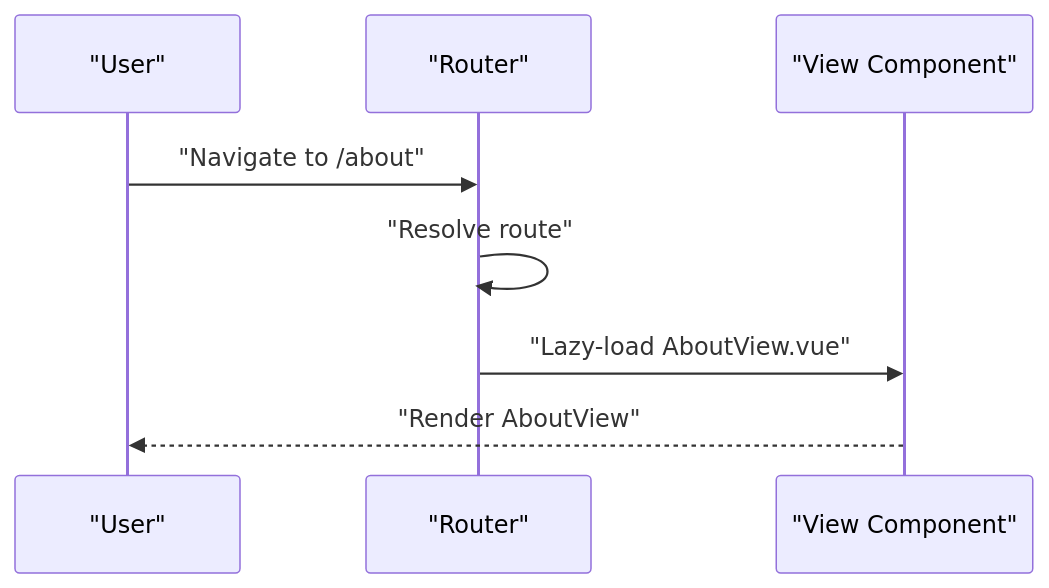
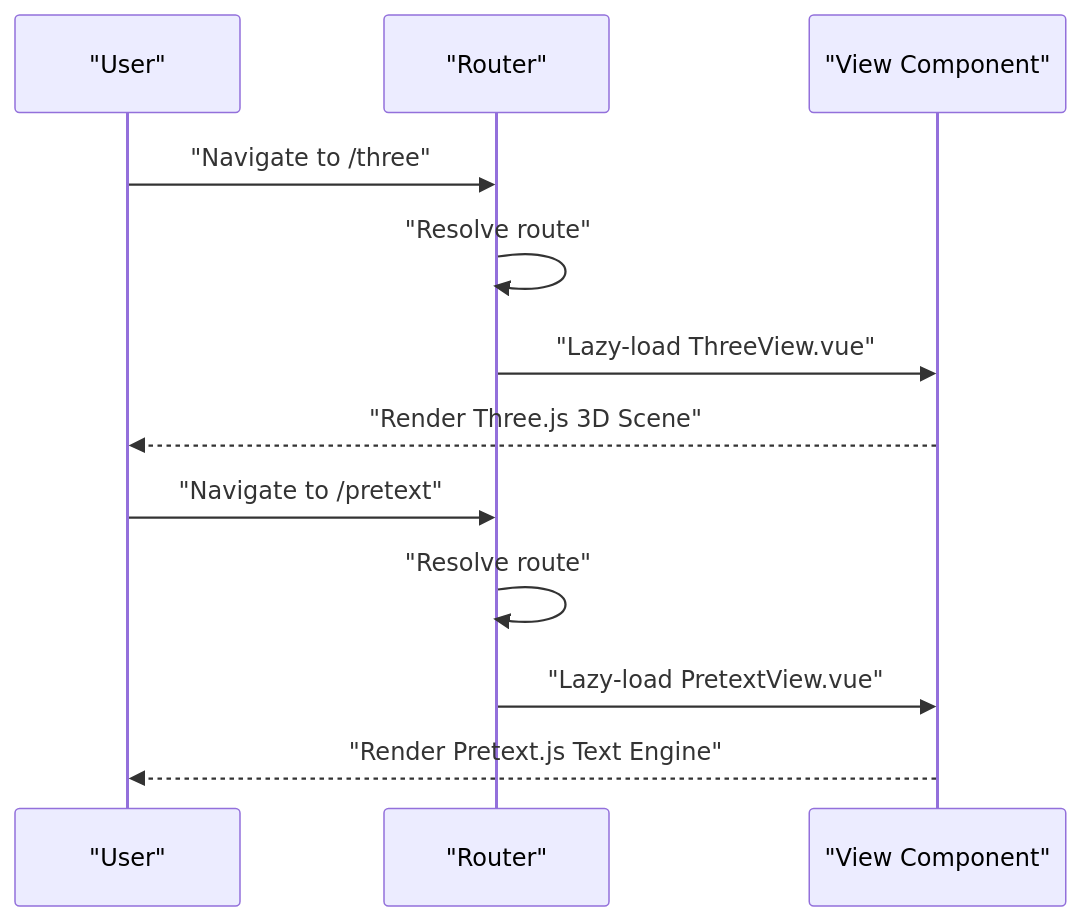
One commit to adminfyy/adminfyy.github.io changed the fourth of 10 diagrams in .qoder/repowiki/en/content/Technical Implementation/Technical Implementation.md. Above: the diagram before and after it, drawn with Mermaid. The commit also changed other lines of this file and 34 other files, not shown here.

````diff
--- a/.qoder/repowiki/en/content/Technical Implementation/Technical Implementation.md
+++ b/.qoder/repowiki/en/content/Technical Implementation/Technical Implementation.md
@@ -188,10 +224,14 @@
 ```mermaid
 sequenceDiagram
 participant U as "User"
 participant R as "Router"
 participant V as "View Component"
-U->>R : "Navigate to /about"
+U->>R : "Navigate to /three"
 R->>R : "Resolve route"
-R->>V : "Lazy-load AboutView.vue"
-V-->>U : "Render AboutView"
+R->>V : "Lazy-load ThreeView.vue"
+V-->>U : "Render Three.js 3D Scene"
+U->>R : "Navigate to /pretext"
+R->>R : "Resolve route"
+R->>V : "Lazy-load PretextView.vue"
+V-->>U : "Render Pretext.js Text Engine"
 ```
````
